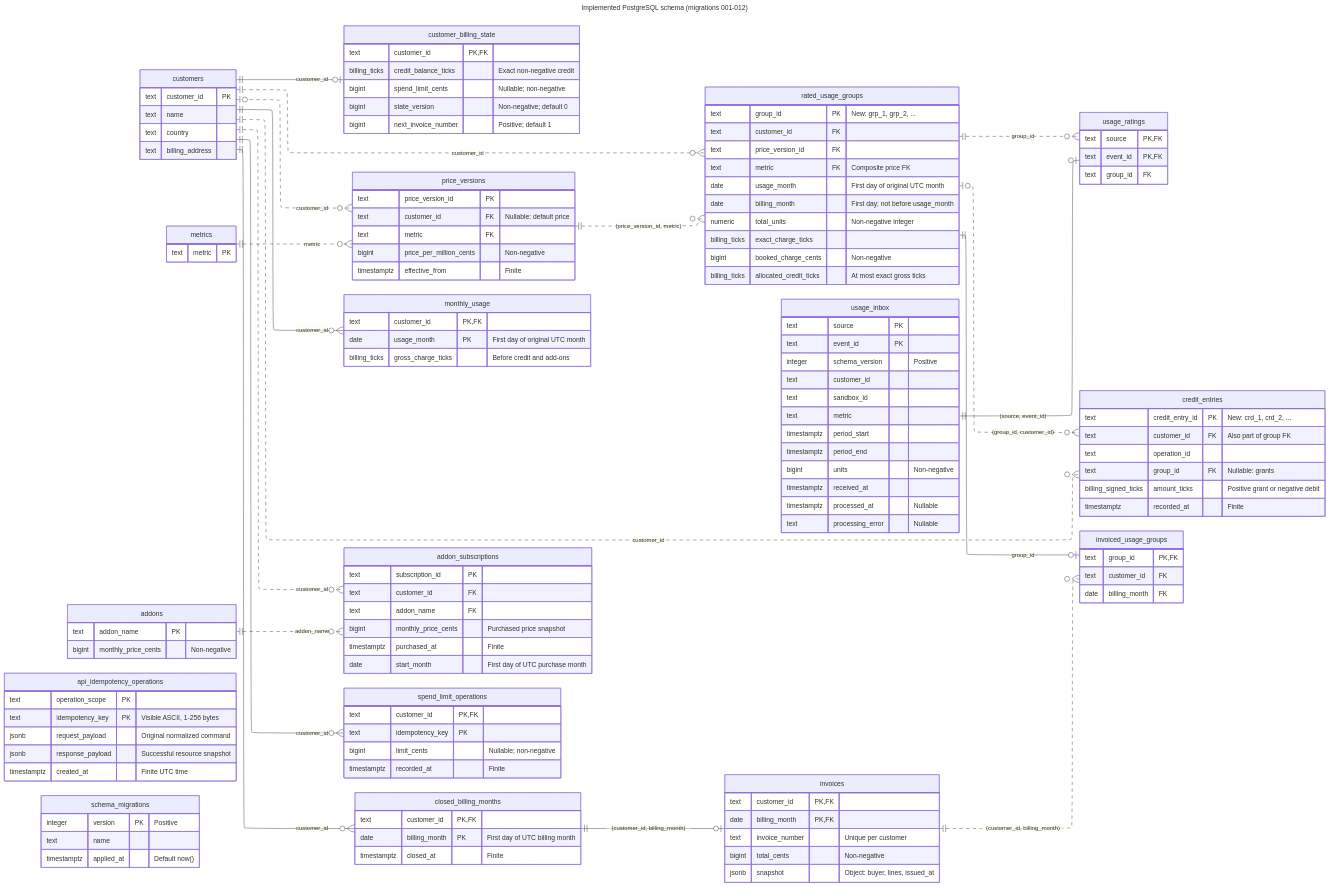
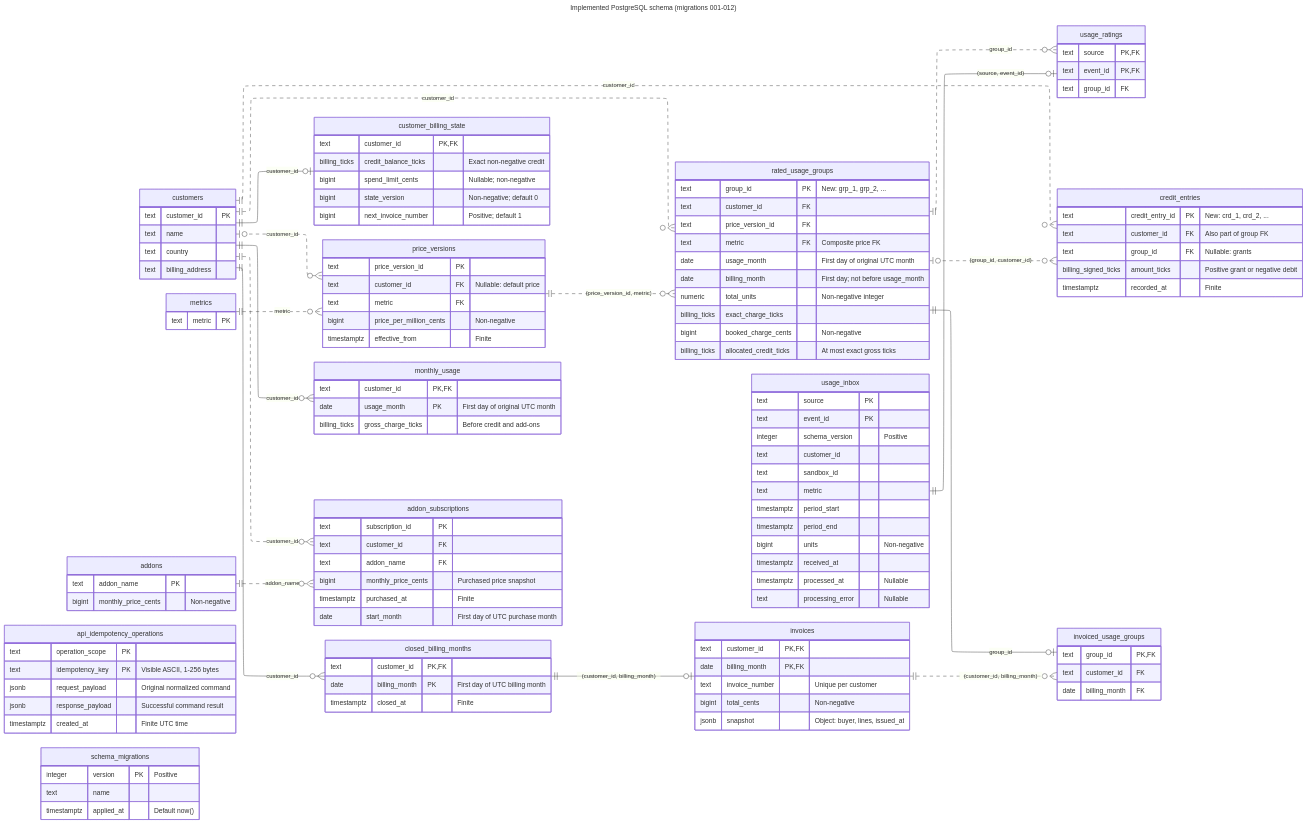
Before and after one commit to pupitooo/e2b-billing-api: the diagram in docs/diagrams/implemented-data-model/implemented-data-model.mmd, drawn with Mermaid. The commit also changed 35 other files, not shown here.

First line of the commit message:
Unify API idempotency history and separate internal identities (#69)

```diff
--- a/docs/diagrams/implemented-data-model/implemented-data-model.mmd
+++ b/docs/diagrams/implemented-data-model/implemented-data-model.mmd
@@ -1,169 +1,161 @@
 ---
 title: Implemented PostgreSQL schema (migrations 001-012)
 config:
   layout: elk
 ---
 erDiagram
     direction LR
 
     customers ||--o| customer_billing_state : customer_id
     customers |o..o{ price_versions : customer_id
     metrics ||..o{ price_versions : metric
     customers ||..o{ rated_usage_groups : customer_id
     price_versions ||..o{ rated_usage_groups : "(price_version_id, metric)"
     usage_inbox ||--o| usage_ratings : "(source, event_id)"
     rated_usage_groups ||..o{ usage_ratings : group_id
     customers ||--o{ monthly_usage : customer_id
     customers ||..o{ credit_entries : customer_id
     rated_usage_groups |o..o{ credit_entries : "(group_id, customer_id)"
     customers ||..o{ addon_subscriptions : customer_id
     addons ||..o{ addon_subscriptions : addon_name
 
-    customers ||--o{ spend_limit_operations : customer_id
     customers ||--o{ closed_billing_months : customer_id
     closed_billing_months ||--o| invoices : "(customer_id, billing_month)"
     invoices ||..o{ invoiced_usage_groups : "(customer_id, billing_month)"
     rated_usage_groups ||--o| invoiced_usage_groups : group_id
 
     usage_inbox {
         text source PK
         text event_id PK
         integer schema_version "Positive"
         text customer_id
         text sandbox_id
         text metric
         timestamptz period_start
         timestamptz period_end
         bigint units "Non-negative"
         timestamptz received_at
         timestamptz processed_at "Nullable"
         text processing_error "Nullable"
     }
     usage_ratings {
         text source PK,FK
         text event_id PK,FK
         text group_id FK
     }
     rated_usage_groups {
         text group_id PK "New: grp_1, grp_2, ..."
         text customer_id FK
         text price_version_id FK
         text metric FK "Composite price FK"
         date usage_month "First day of original UTC month"
         date billing_month "First day; not before usage_month"
         numeric total_units "Non-negative integer"
         billing_ticks exact_charge_ticks
         bigint booked_charge_cents "Non-negative"
         billing_ticks allocated_credit_ticks "At most exact gross ticks"
     }
     customers {
         text customer_id PK
         text name
         text country
         text billing_address
     }
     customer_billing_state {
         text customer_id PK,FK
         billing_ticks credit_balance_ticks "Exact non-negative credit"
         bigint spend_limit_cents "Nullable; non-negative"
         bigint state_version "Non-negative; default 0"
         bigint next_invoice_number "Positive; default 1"
     }
     metrics {
         text metric PK
     }
     price_versions {
         text price_version_id PK
         text customer_id FK "Nullable: default price"
         text metric FK
         bigint price_per_million_cents "Non-negative"
         timestamptz effective_from "Finite"
     }
     monthly_usage {
         text customer_id PK,FK
         date usage_month PK "First day of original UTC month"
         billing_ticks gross_charge_ticks "Before credit and add-ons"
     }
     credit_entries {
         text credit_entry_id PK "New: crd_1, crd_2, ..."
         text customer_id FK "Also part of group FK"
-        text operation_id
         text group_id FK "Nullable: grants"
         billing_signed_ticks amount_ticks "Positive grant or negative debit"
         timestamptz recorded_at "Finite"
     }
     addons {
         text addon_name PK
         bigint monthly_price_cents "Non-negative"
     }
     addon_subscriptions {
         text subscription_id PK
         text customer_id FK
         text addon_name FK
         bigint monthly_price_cents "Purchased price snapshot"
         timestamptz purchased_at "Finite"
         date start_month "First day of UTC purchase month"
-    }
-    spend_limit_operations {
-        text customer_id PK,FK
-        text idempotency_key PK
-        bigint limit_cents "Nullable; non-negative"
-        timestamptz recorded_at "Finite"
     }
     closed_billing_months {
         text customer_id PK,FK
         date billing_month PK "First day of UTC billing month"
         timestamptz closed_at "Finite"
     }
     invoices {
         text customer_id PK,FK
         date billing_month PK,FK
         text invoice_number "Unique per customer"
         bigint total_cents "Non-negative"
         jsonb snapshot "Object: buyer, lines, issued_at"
     }
     invoiced_usage_groups {
         text group_id PK,FK
         text customer_id FK
         date billing_month FK
     }
     api_idempotency_operations {
         text operation_scope PK
         text idempotency_key PK "Visible ASCII, 1-256 bytes"
         jsonb request_payload "Original normalized command"
-        jsonb response_payload "Successful resource snapshot"
+        jsonb response_payload "Successful command result"
         timestamptz created_at "Finite UTC time"
     }
     schema_migrations {
         integer version PK "Positive"
         text name
         timestamptz applied_at "Default now()"
     }
 
-    %% This diagram covers all 17 tables after migrate.sql and migrations 001-012.
+    %% This diagram covers all 16 tables after migrate.sql and migrations 001-012.
     %% All columns are NOT NULL unless explicitly labeled Nullable.
     %% PK and FK markers identify membership in primary and foreign keys, including composite keys.
     %% Solid relationships include parent identity in the child's primary key; dashed ones do not.
     %% Edges show declared foreign keys only; usage_inbox has no customer or metric FK.
     %% billing_ticks is numeric constrained to non-negative finite integers; 1 cent = 1_000_000 ticks.
     %% billing_signed_ticks is numeric constrained to signed finite integers for credit history.
     %% price_versions UNIQUE NULLS NOT DISTINCT: (customer_id, metric, effective_from).
     %% price_versions UNIQUE: (price_version_id, metric).
     %% rated_usage_groups UNIQUE: (customer_id, price_version_id, usage_month, billing_month).
     %% rated_usage_groups UNIQUE: (group_id, customer_id).
-    %% credit_entries UNIQUE: (customer_id, operation_id).
     %% addon_subscriptions UNIQUE: (customer_id, addon_name).
     %% invoices UNIQUE: (customer_id, invoice_number).
     %% price_versions, usage_ratings, and credit_entries reject updates and deletes through triggers.
-    %% Closed months, spend-limit operations, invoices and invoiced groups reject updates and deletes.
+    %% Closed months, API commands, invoices and invoiced groups reject updates and deletes.
     %% Triggers also preserve group identity and validate receipt customer, metric, and UTC month.
     %% A group referenced by invoiced_usage_groups rejects updates and deletes.
     %% InvoiceLine values are stored in invoices.snapshot.lines; there is no invoice_lines table.
     %% No extra FK matches invoiced_usage_groups customer/month to the group's customer/month.
     %% Those ownership checks belong to the closing transaction; edges show only declared FKs.
 
     %% api_idempotency_operations has no resource FK: the immutable result is a JSON snapshot.
+    %% Prices, add-ons, credit grants and limit changes share this history; caller keys never become internal IDs.
     %% Scoped operation history rejects updates and deletes; financial effects and results commit together.
 
     %% Migration 012 adds owned, noncycling bigint sequences for new group and credit IDs.
     %% Existing IDs and references remain intact; rollback can leave sequence gaps.
```
